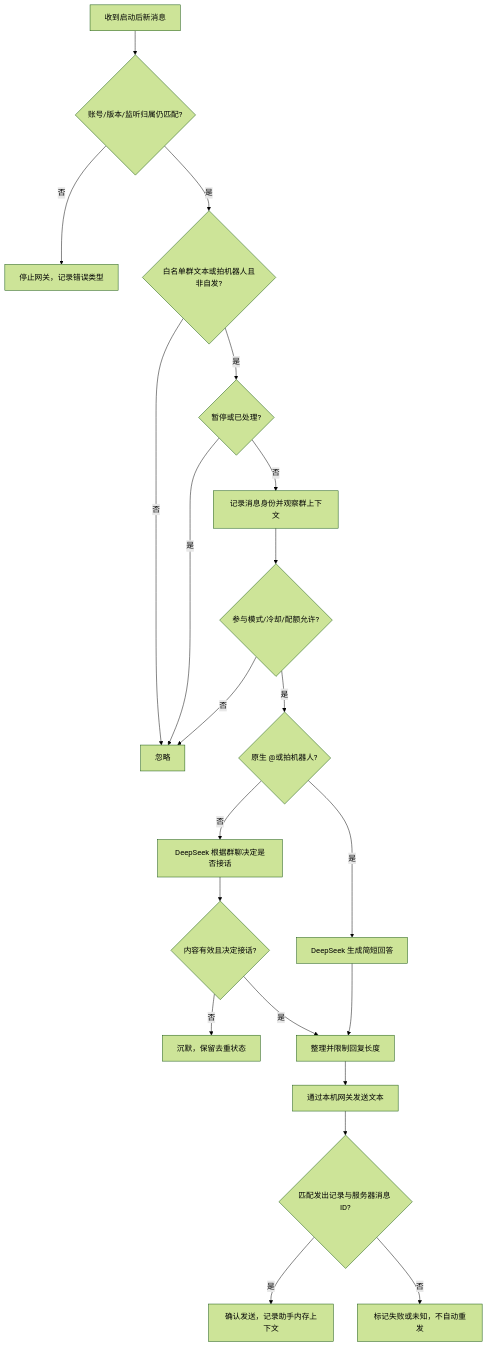
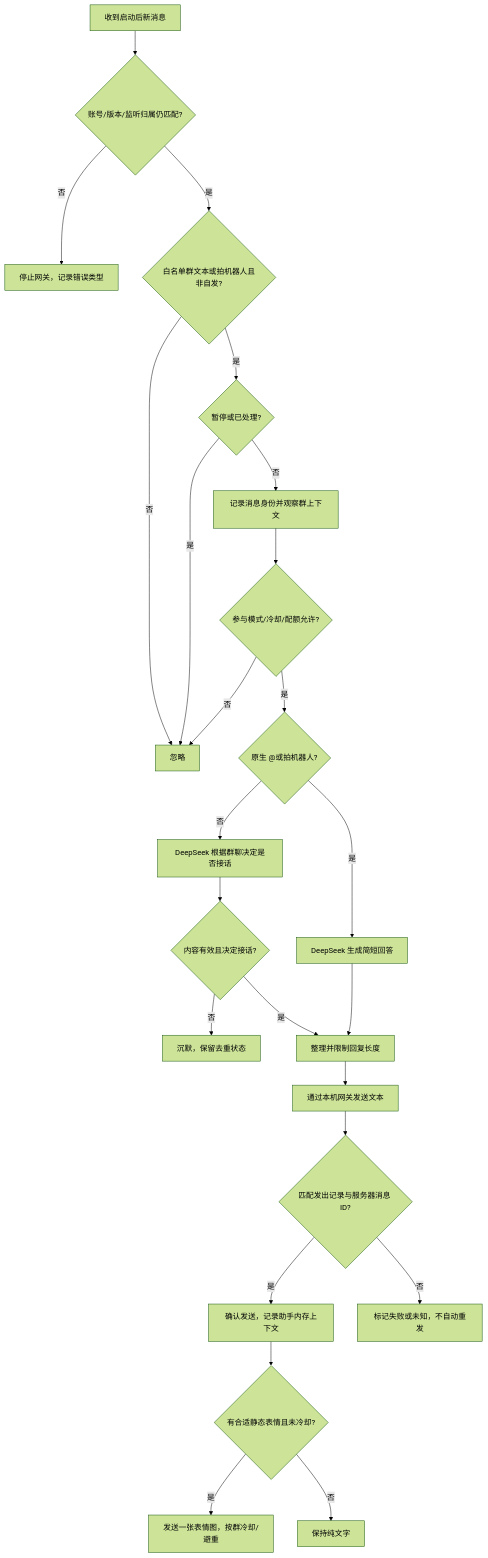
One commit to YishV/ChatBridge changed the diagram in workflow.md. Above: the diagram before and after it, drawn with Mermaid (forest theme). The commit also changed other lines of this file and 32 other files, not shown here.

````diff
--- a/workflow.md
+++ b/workflow.md
@@ -24,23 +24,26 @@
 ```mermaid
 flowchart TD
     A[收到启动后新消息] --> B{账号/版本/监听归属仍匹配?}
     B -- 否 --> STOP[停止网关，记录错误类型]
     B -- 是 --> C{白名单群文本或拍机器人且非自发?}
     C -- 否 --> Z[忽略]
     C -- 是 --> D{暂停或已处理?}
     D -- 是 --> Z
     D -- 否 --> E[记录消息身份并观察群上下文]
     E --> F{参与模式/冷却/配额允许?}
     F -- 否 --> Z
     F -- 是 --> G{原生 @或拍机器人?}
     G -- 是 --> H[DeepSeek 生成简短回答]
     G -- 否 --> I[DeepSeek 根据群聊决定是否接话]
     I --> J{内容有效且决定接话?}
     J -- 否 --> SILENT[沉默，保留去重状态]
     J -- 是 --> K[整理并限制回复长度]
     H --> K
     K --> L[通过本机网关发送文本]
     L --> M{匹配发出记录与服务器消息 ID?}
     M -- 是 --> N[确认发送，记录助手内存上下文]
+    N --> P{有合适静态表情且未冷却?}
+    P -- 是 --> Q[发送一张表情图，按群冷却/避重]
+    P -- 否 --> R[保持纯文字]
     M -- 否 --> O[标记失败或未知，不自动重发]
 ```
````
